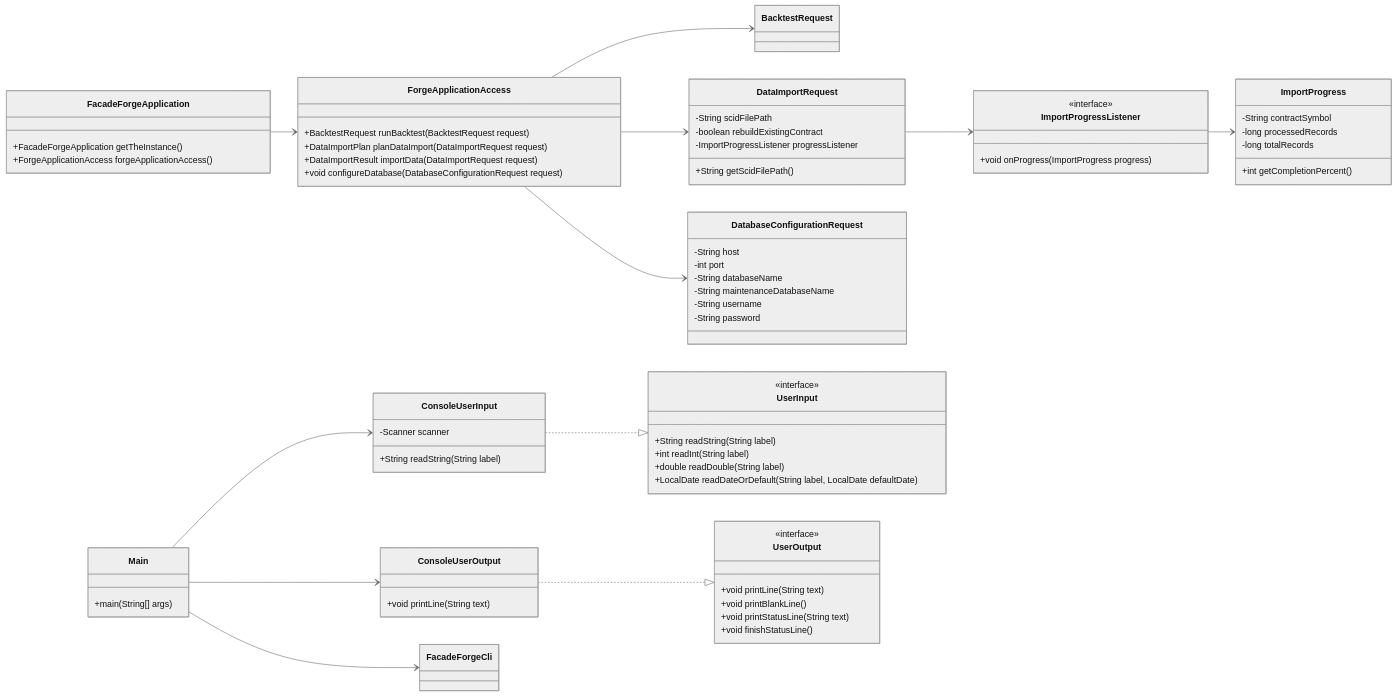
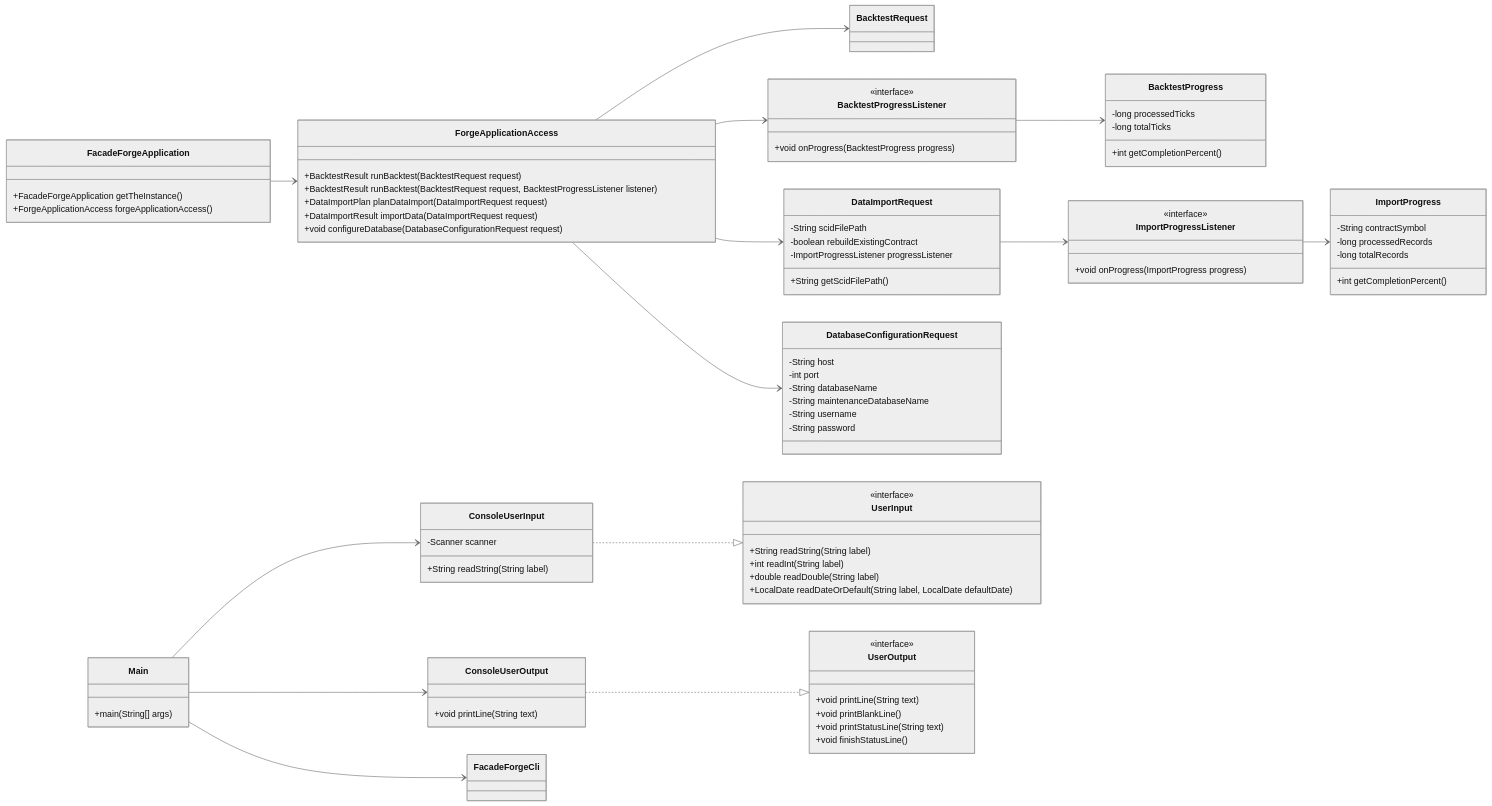
One commit to probst-paul/FORGE changed the third of 19 diagrams in class-model.md. Above: the diagram before and after it, drawn with Mermaid (neutral theme). The commit also changed other lines of this file and 19 other files, not shown here.

First line of the commit message:
Add backtest progress reporting

````diff
--- a/class-model.md
+++ b/class-model.md
@@ -170,7 +170,8 @@
     }
 
     class ForgeApplicationAccess {
-        +BacktestRequest runBacktest(BacktestRequest request)
+        +BacktestResult runBacktest(BacktestRequest request)
+        +BacktestResult runBacktest(BacktestRequest request, BacktestProgressListener listener)
         +DataImportPlan planDataImport(DataImportRequest request)
         +DataImportResult importData(DataImportRequest request)
         +void configureDatabase(DatabaseConfigurationRequest request)
@@ -202,6 +203,17 @@
     class ImportProgressListener {
         <<interface>>
         +void onProgress(ImportProgress progress)
+    }
+
+    class BacktestProgress {
+        -long processedTicks
+        -long totalTicks
+        +int getCompletionPercent()
+    }
+
+    class BacktestProgressListener {
+        <<interface>>
+        +void onProgress(BacktestProgress progress)
     }
 
     class UserInput {
@@ -236,8 +248,10 @@
     ConsoleUserOutput ..|> UserOutput
     FacadeForgeApplication --> ForgeApplicationAccess
     ForgeApplicationAccess --> BacktestRequest
+    ForgeApplicationAccess --> BacktestProgressListener
     ForgeApplicationAccess --> DataImportRequest
     ForgeApplicationAccess --> DatabaseConfigurationRequest
     DataImportRequest --> ImportProgressListener
     ImportProgressListener --> ImportProgress
+    BacktestProgressListener --> BacktestProgress
 ```
````
